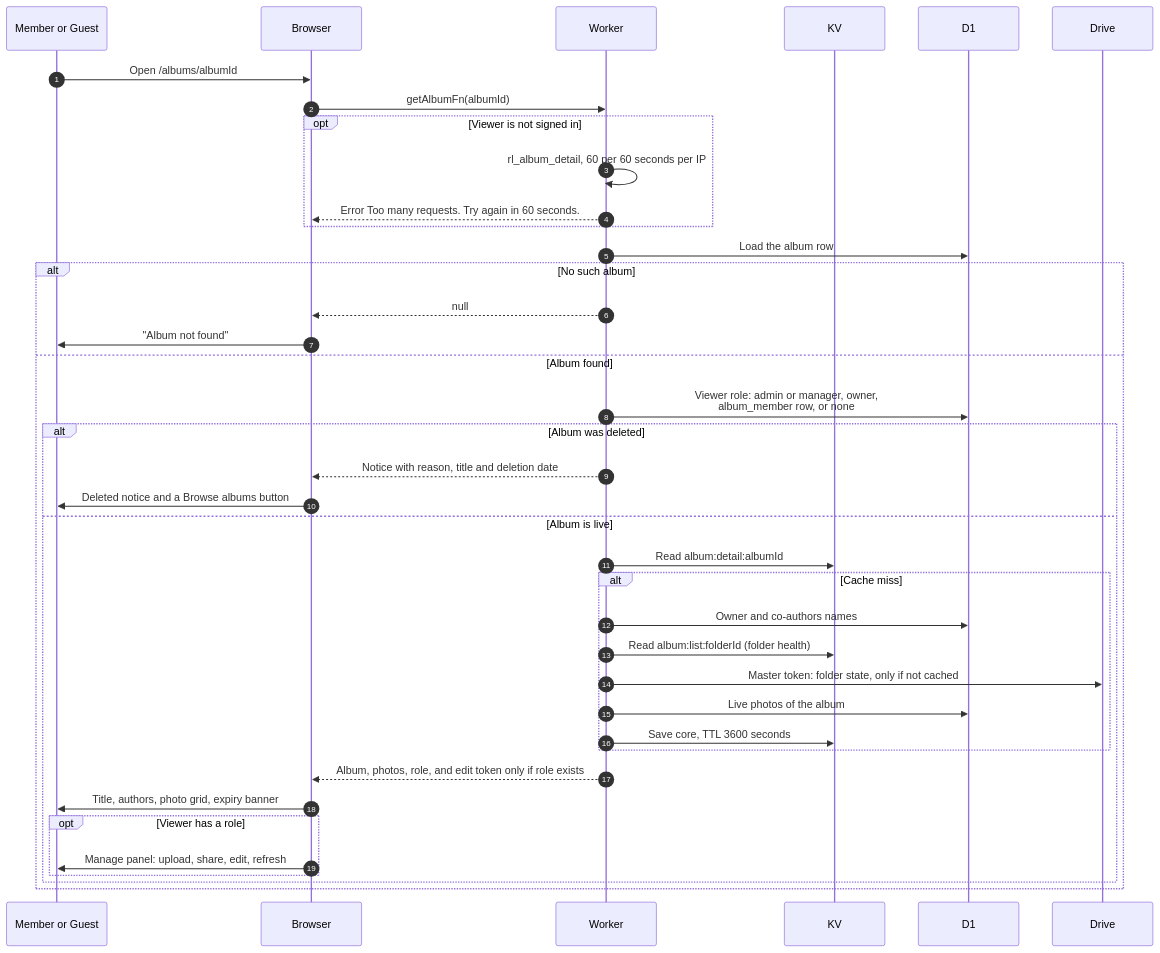
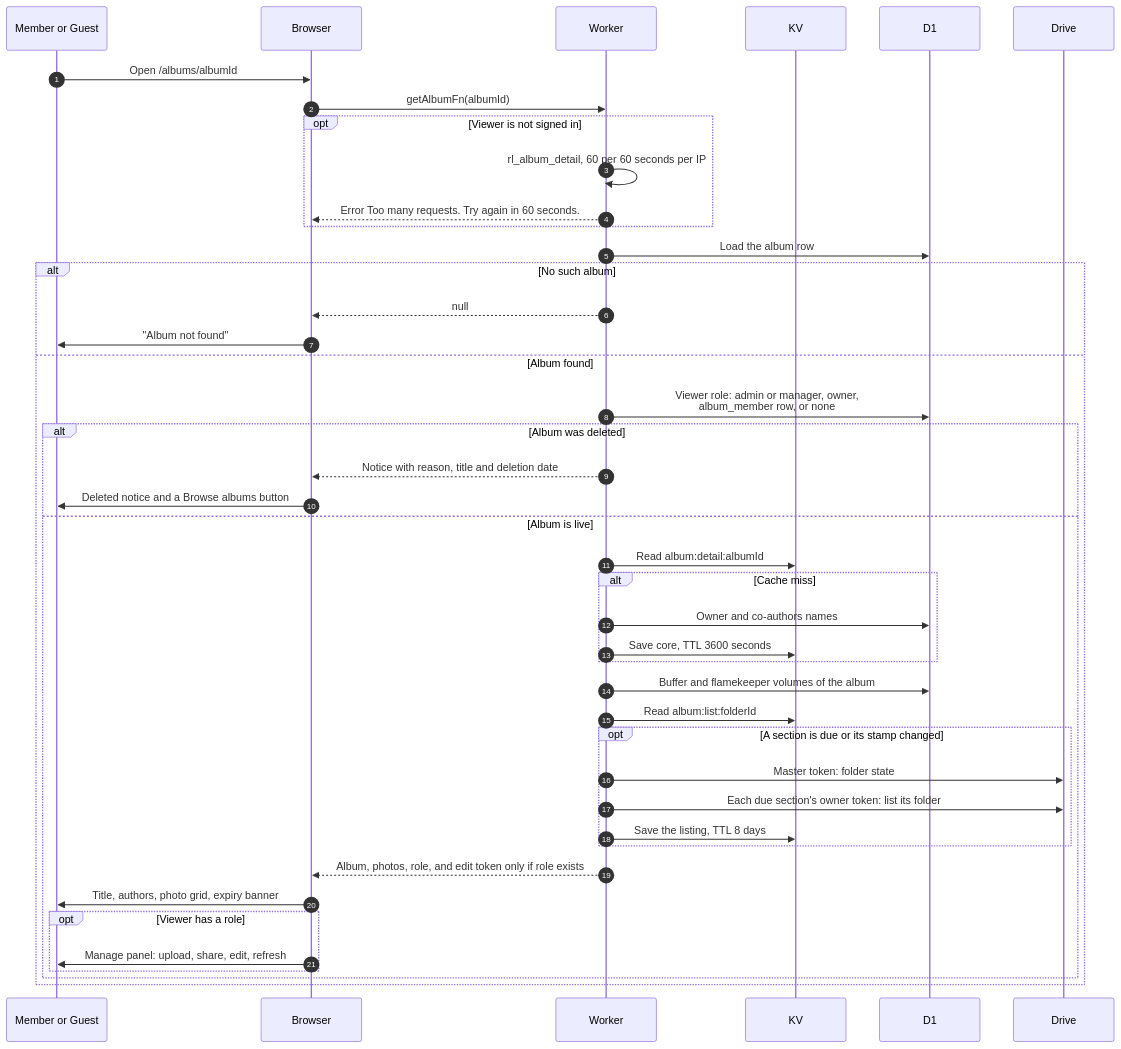
Before and after one commit to sagyzdop/meriksirat: the diagram in docs/scenarios/albums/view-album.md, drawn with Mermaid. The commit also changed other lines of this file and 26 other files, not shown here.

First line of the commit message:
feat(albums): album pages read from cached Drive listings

````diff
--- a/docs/scenarios/albums/view-album.md
+++ b/docs/scenarios/albums/view-album.md
@@ -16,41 +17,45 @@
 ```mermaid
 sequenceDiagram
     autonumber
     participant U as Member or Guest
     participant B as Browser
     participant W as Worker
     participant K as KV
     participant D as D1
     participant G as Drive
     U->>B: Open /albums/albumId
     B->>W: getAlbumFn(albumId)
     opt Viewer is not signed in
         W->>W: rl_album_detail, 60 per 60 seconds per IP
         W-->>B: Error Too many requests. Try again in 60 seconds.
     end
     W->>D: Load the album row
     alt No such album
         W-->>B: null
         B->>U: "Album not found"
     else Album found
         W->>D: Viewer role: admin or manager, owner,<br/>album_member row, or none
         alt Album was deleted
             W-->>B: Notice with reason, title and deletion date
             B->>U: Deleted notice and a Browse albums button
         else Album is live
             W->>K: Read album:detail:albumId
             alt Cache miss
                 W->>D: Owner and co-authors names
-                W->>K: Read album:list:folderId (folder health)
-                W->>G: Master token: folder state, only if not cached
-                W->>D: Live photos of the album
                 W->>K: Save core, TTL 3600 seconds
+            end
+            W->>D: Buffer and flamekeeper volumes of the album
+            W->>K: Read album:list:folderId
+            opt A section is due or its stamp changed
+                W->>G: Master token: folder state
+                W->>G: Each due section's owner token: list its folder
+                W->>K: Save the listing, TTL 8 days
             end
             W-->>B: Album, photos, role, and edit token only if role exists
             B->>U: Title, authors, photo grid, expiry banner
             opt Viewer has a role
                 B->>U: Manage panel: upload, share, edit, refresh
             end
         end
     end
 ```
````
